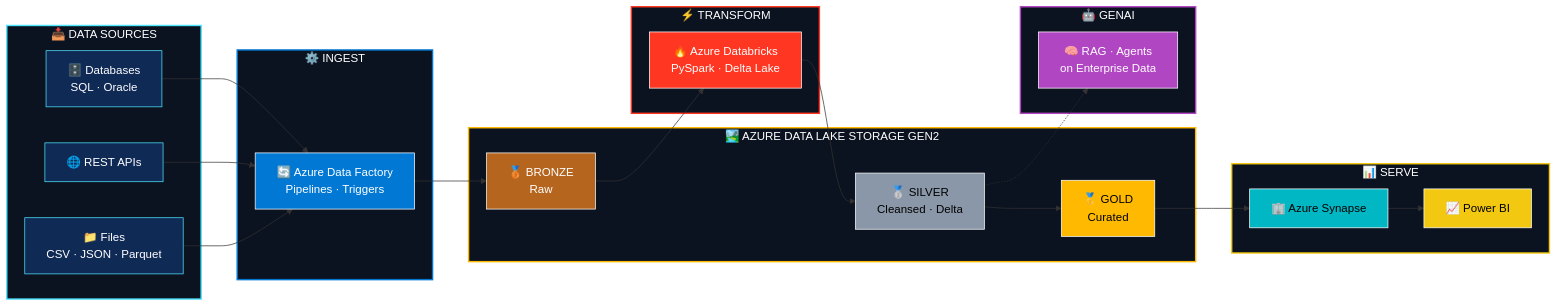
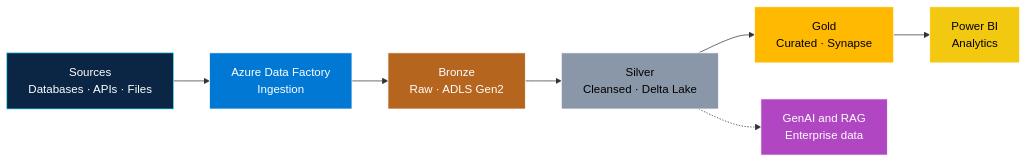
The diagram in README.md (Reddy41115/Reddy41115), drawn with Mermaid before and after one commit. The commit also changed other lines of this file, not shown here.

````diff
--- a/README.md
+++ b/README.md
@@ -65,61 +46,17 @@
 ```mermaid
 flowchart LR
-    subgraph SRC["📥 DATA SOURCES"]
-        S1["🗄️ Databases<br/>SQL · Oracle"]
-        S2["🌐 REST APIs"]
-        S3["📁 Files<br/>CSV · JSON · Parquet"]
-    end
+    A["Sources<br/>Databases · APIs · Files"] --> B["Azure Data Factory<br/>Ingestion"]
+    B --> C["Bronze<br/>Raw · ADLS Gen2"]
+    C --> D["Silver<br/>Cleansed · Delta Lake"]
+    D --> E["Gold<br/>Curated · Synapse"]
+    E --> F["Power BI<br/>Analytics"]
+    D -.-> G["GenAI and RAG<br/>Enterprise data"]
 
-    subgraph ING["⚙️ INGEST"]
-        ADF["🔄 Azure Data Factory<br/>Pipelines · Triggers"]
-    end
-
-    subgraph LAKE["🏞️ AZURE DATA LAKE STORAGE GEN2"]
-        BR["🥉 BRONZE<br/>Raw"]
-        SI["🥈 SILVER<br/>Cleansed · Delta"]
-        GO["🥇 GOLD<br/>Curated"]
-    end
-
-    subgraph PROC["⚡ TRANSFORM"]
-        DBX["🔥 Azure Databricks<br/>PySpark · Delta Lake"]
-    end
-
-    subgraph SERVE["📊 SERVE"]
-        SYN["🏢 Azure Synapse"]
-        PBI["📈 Power BI"]
-    end
-
-    subgraph GENAI["🤖 GENAI"]
-        RAG["🧠 RAG · Agents<br/>on Enterprise Data"]
-    end
-
-    S1 --> ADF
-    S2 --> ADF
-    S3 --> ADF
-    ADF --> BR
-    BR --> DBX
-    DBX --> SI
-    SI --> GO
-    GO --> SYN
-    SYN --> PBI
-    SI -.-> RAG
-
-    style SRC fill:#0B1220,stroke:#50E6FF,stroke-width:2px,color:#FFFFFF
-    style ING fill:#0B1220,stroke:#0078D4,stroke-width:2px,color:#FFFFFF
-    style LAKE fill:#0B1220,stroke:#FFB900,stroke-width:2px,color:#FFFFFF
-    style PROC fill:#0B1220,stroke:#FF3621,stroke-width:2px,color:#FFFFFF
-    style SERVE fill:#0B1220,stroke:#F2C811,stroke-width:2px,color:#FFFFFF
-    style GENAI fill:#0B1220,stroke:#B146C2,stroke-width:2px,color:#FFFFFF
-
-    style S1 fill:#102A56,stroke:#50E6FF,color:#FFFFFF
-    style S2 fill:#102A56,stroke:#50E6FF,color:#FFFFFF
-    style S3 fill:#102A56,stroke:#50E6FF,color:#FFFFFF
-    style ADF fill:#0078D4,stroke:#FFFFFF,color:#FFFFFF
-    style BR fill:#B5651D,stroke:#FFFFFF,color:#FFFFFF
-    style SI fill:#8A97A8,stroke:#FFFFFF,color:#000000
-    style GO fill:#FFB900,stroke:#FFFFFF,color:#000000
-    style DBX fill:#FF3621,stroke:#FFFFFF,color:#FFFFFF
-    style SYN fill:#00B7C3,stroke:#FFFFFF,color:#000000
-    style PBI fill:#F2C811,stroke:#FFFFFF,color:#000000
-    style RAG fill:#B146C2,stroke:#FFFFFF,color:#FFFFFF
+    style A fill:#0B2545,stroke:#50E6FF,color:#ffffff
+    style B fill:#0078D4,stroke:#ffffff,color:#ffffff
+    style C fill:#B5651D,stroke:#ffffff,color:#ffffff
+    style D fill:#8A97A8,stroke:#ffffff,color:#000000
+    style E fill:#FFB900,stroke:#ffffff,color:#000000
+    style F fill:#F2C811,stroke:#ffffff,color:#000000
+    style G fill:#B146C2,stroke:#ffffff,color:#ffffff
 ```
````
